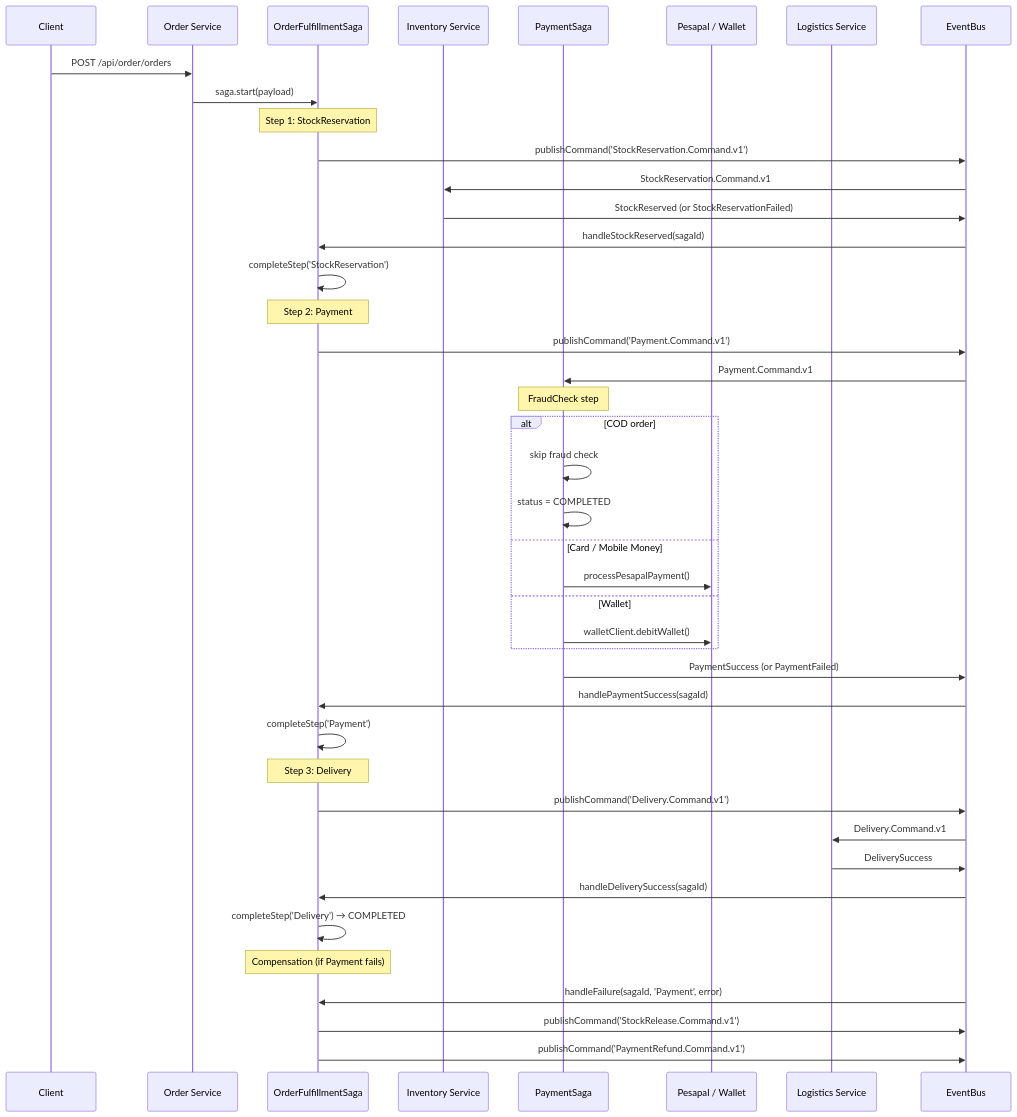
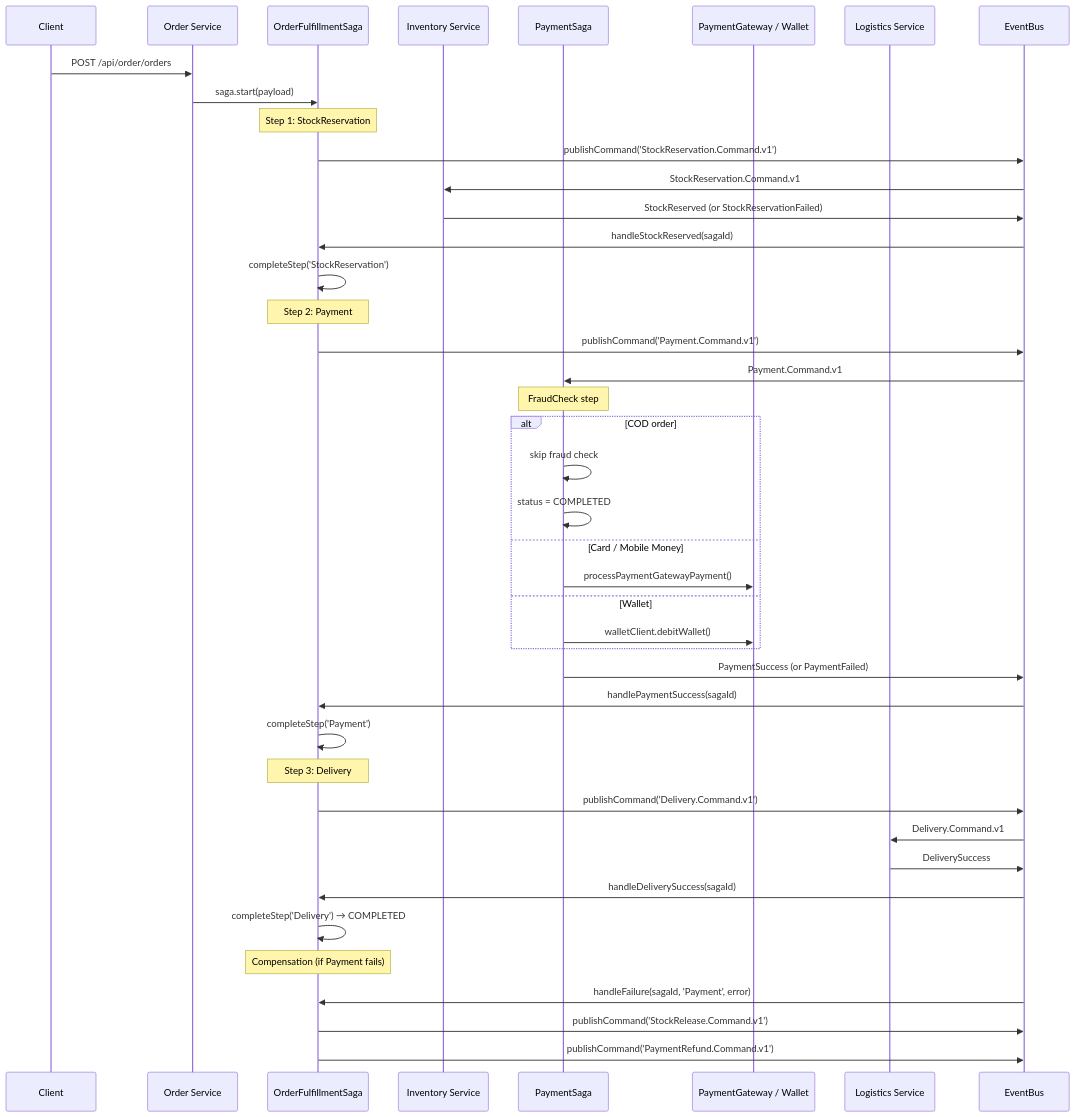
Before and after one commit to maysar-014/maysar-express-backend: the fourth of 6 diagrams in docs/architecture/system-architecture.md, drawn with Mermaid. The commit also changed other lines of this file and 158 other files, not shown here.

````diff
--- a/docs/architecture/system-architecture.md
+++ b/docs/architecture/system-architecture.md
@@ -202,51 +202,51 @@
 ```mermaid
 sequenceDiagram
     participant Client
     participant OrderSvc as Order Service
     participant Saga as OrderFulfillmentSaga
     participant Inventory as Inventory Service
     participant PaySaga as PaymentSaga
-    participant Pesapal as Pesapal / Wallet
+    participant PaymentGateway as PaymentGateway / Wallet
     participant Logistics as Logistics Service
     participant Bus as EventBus
 
     Client->>OrderSvc: POST /api/order/orders
     OrderSvc->>Saga: saga.start(payload)
     Note over Saga: Step 1: StockReservation
 
     Saga->>Bus: publishCommand('StockReservation.Command.v1')
     Bus->>Inventory: StockReservation.Command.v1
     Inventory->>Bus: StockReserved (or StockReservationFailed)
     Bus->>Saga: handleStockReserved(sagaId)
     Saga->>Saga: completeStep('StockReservation')
 
     Note over Saga: Step 2: Payment
     Saga->>Bus: publishCommand('Payment.Command.v1')
     Bus->>PaySaga: Payment.Command.v1
 
     Note over PaySaga: FraudCheck step
     alt COD order
         PaySaga->>PaySaga: skip fraud check
         PaySaga->>PaySaga: status = COMPLETED
     else Card / Mobile Money
-        PaySaga->>Pesapal: processPesapalPayment()
+        PaySaga->>PaymentGateway: processPaymentGatewayPayment()
     else Wallet
-        PaySaga->>Pesapal: walletClient.debitWallet()
+        PaySaga->>PaymentGateway: walletClient.debitWallet()
     end
 
     PaySaga->>Bus: PaymentSuccess (or PaymentFailed)
     Bus->>Saga: handlePaymentSuccess(sagaId)
     Saga->>Saga: completeStep('Payment')
 
     Note over Saga: Step 3: Delivery
     Saga->>Bus: publishCommand('Delivery.Command.v1')
     Bus->>Logistics: Delivery.Command.v1
     Logistics->>Bus: DeliverySuccess
     Bus->>Saga: handleDeliverySuccess(sagaId)
     Saga->>Saga: completeStep('Delivery') → COMPLETED
 
     Note over Saga: Compensation (if Payment fails)
     Bus->>Saga: handleFailure(sagaId, 'Payment', error)
     Saga->>Bus: publishCommand('StockRelease.Command.v1')
     Saga->>Bus: publishCommand('PaymentRefund.Command.v1')
 ```
````
